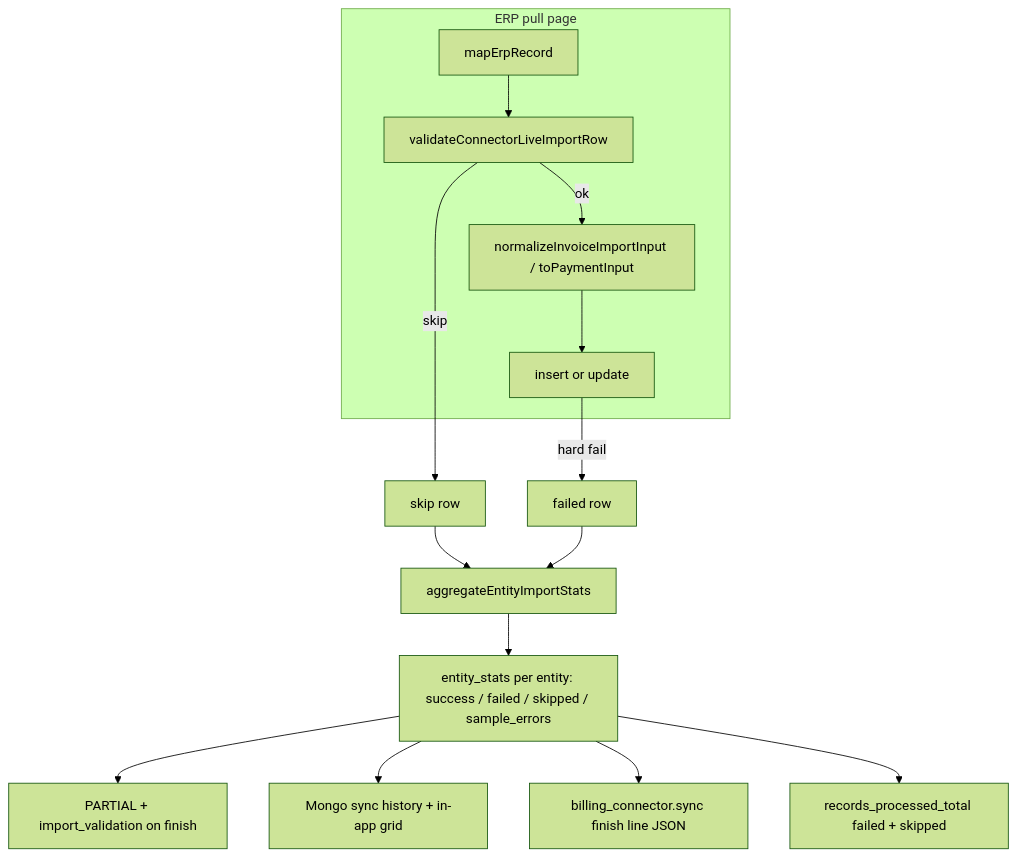
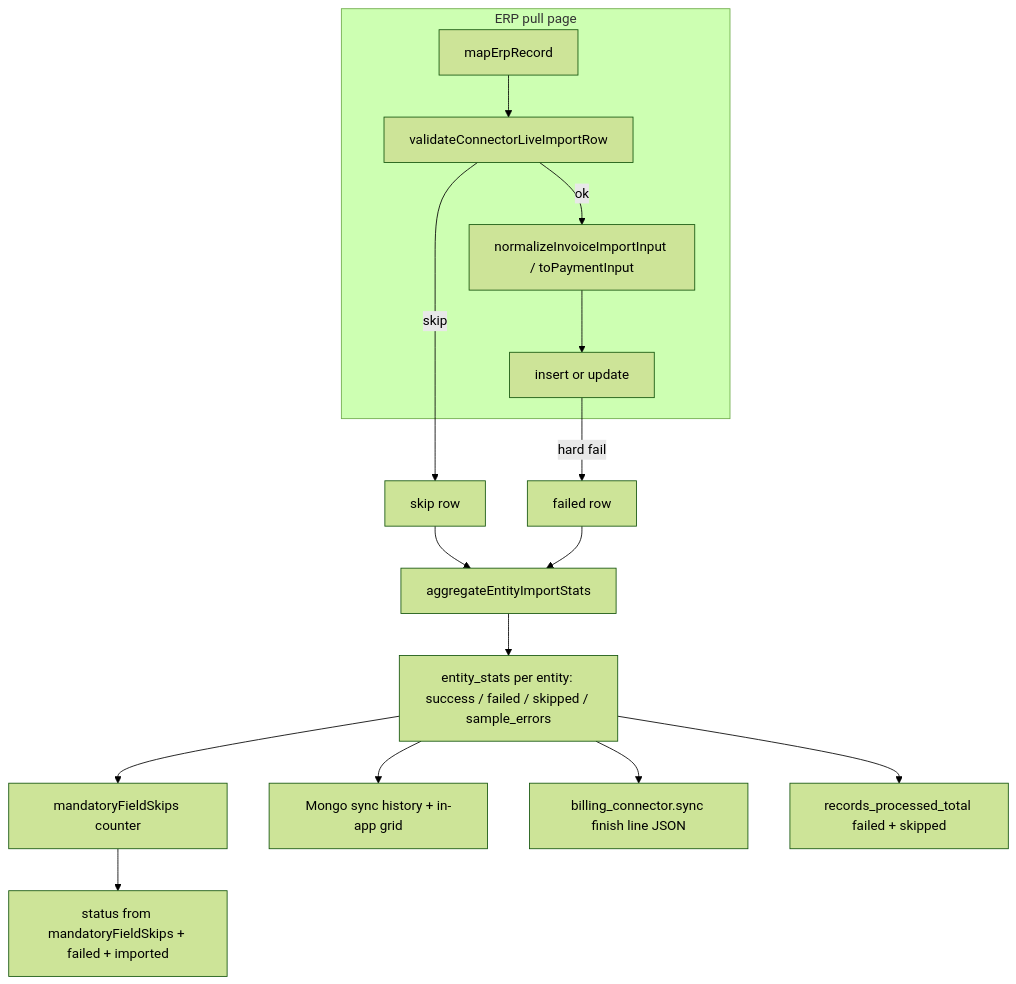
Before and after one commit to archaser-support/archaser-backend: the diagram in .cursor/plans/billing-connector-mandatory-field-validation.plan.md, drawn with Mermaid (forest theme). The commit also changed other lines of this file, not shown here.

First line of the commit message:
feat(billing-connector): enhance mandatory field validation for live sync

````diff
--- a/.cursor/plans/billing-connector-mandatory-field-validation.plan.md
+++ b/.cursor/plans/billing-connector-mandatory-field-validation.plan.md
@@ -100,21 +115,22 @@
 ```mermaid
 flowchart TB
   subgraph pull [ERP pull page]
     Map[mapErpRecord]
     Validate[validateConnectorLiveImportRow]
     Norm[normalizeInvoiceImportInput / toPaymentInput]
     Write[insert or update]
   end
 
   Map --> Validate
   Validate -->|ok| Norm --> Write
   Validate -->|skip| Skip[skip row]
   Write -->|hard fail| Fail[failed row]
   Skip --> Agg[aggregateEntityImportStats]
   Fail --> Agg
   Agg --> Stats[entity_stats per entity: success / failed / skipped / sample_errors]
-  Stats --> Finish[PARTIAL + import_validation on finish]
+  Stats --> MandatorySkips[mandatoryFieldSkips counter]
+  MandatorySkips --> Finish[status from mandatoryFieldSkips + failed + imported]
   Stats --> Mongo[Mongo sync history + in-app grid]
   Stats --> Loki[billing_connector.sync finish line JSON]
   Stats --> Prom[records_processed_total failed + skipped]
 ```
````
